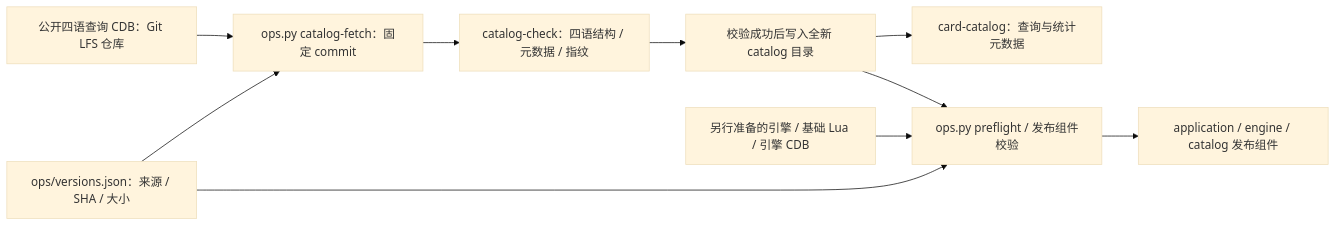
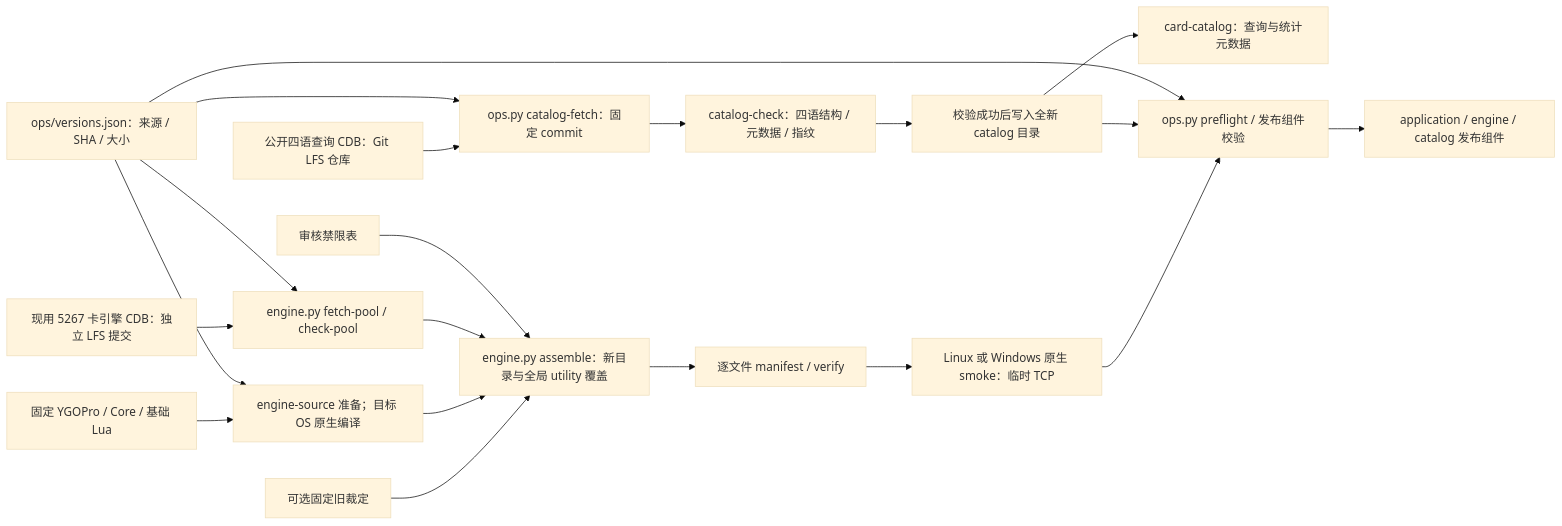
The third of 8 diagrams in docs/ARCHITECTURE.md (301zrg/srvprotianti), drawn with Mermaid (base theme) before and after one commit. The commit also changed other lines of this file and 21 other files, not shown here.

Commit message:
Add pinned YGOPro resources and Linux/Windows stage2 validation

````diff
--- a/docs/ARCHITECTURE.md
+++ b/docs/ARCHITECTURE.md
@@ -115,12 +116,22 @@
 ```mermaid
 flowchart LR
   Public[公开四语查询 CDB：Git LFS 仓库] --> Fetch[ops.py catalog-fetch：固定 commit]
   Pins[ops/versions.json：来源 / SHA / 大小] --> Fetch
   Fetch --> Validate[catalog-check：四语结构 / 元数据 / 指纹]
   Validate --> NewDir[校验成功后写入全新 catalog 目录]
   NewDir --> Catalog[card-catalog：查询与统计元数据]
-  Engine[另行准备的引擎 / 基础 Lua / 引擎 CDB] --> Preflight[ops.py preflight / 发布组件校验]
+  Pool[现用 5267 卡引擎 CDB：独立 LFS 提交] --> PoolFetch[engine.py fetch-pool / check-pool]
+  Pins --> PoolFetch
+  Source[固定 YGOPro / Core / 基础 Lua] --> Build[engine-source 准备；目标 OS 原生编译]
+  Pins --> Build
+  Old[可选固定旧裁定] --> Assemble[engine.py assemble：新目录与全局 utility 覆盖]
+  Build --> Assemble
+  PoolFetch --> Assemble
+  Ban[审核禁限表] --> Assemble
+  Assemble --> Manifest[逐文件 manifest / verify]
+  Manifest --> Native[Linux 或 Windows 原生 smoke：临时 TCP]
+  Native --> Preflight[ops.py preflight / 发布组件校验]
   NewDir --> Preflight
   Pins --> Preflight
   Preflight --> Package[application / engine / catalog 发布组件]
 ```
````
